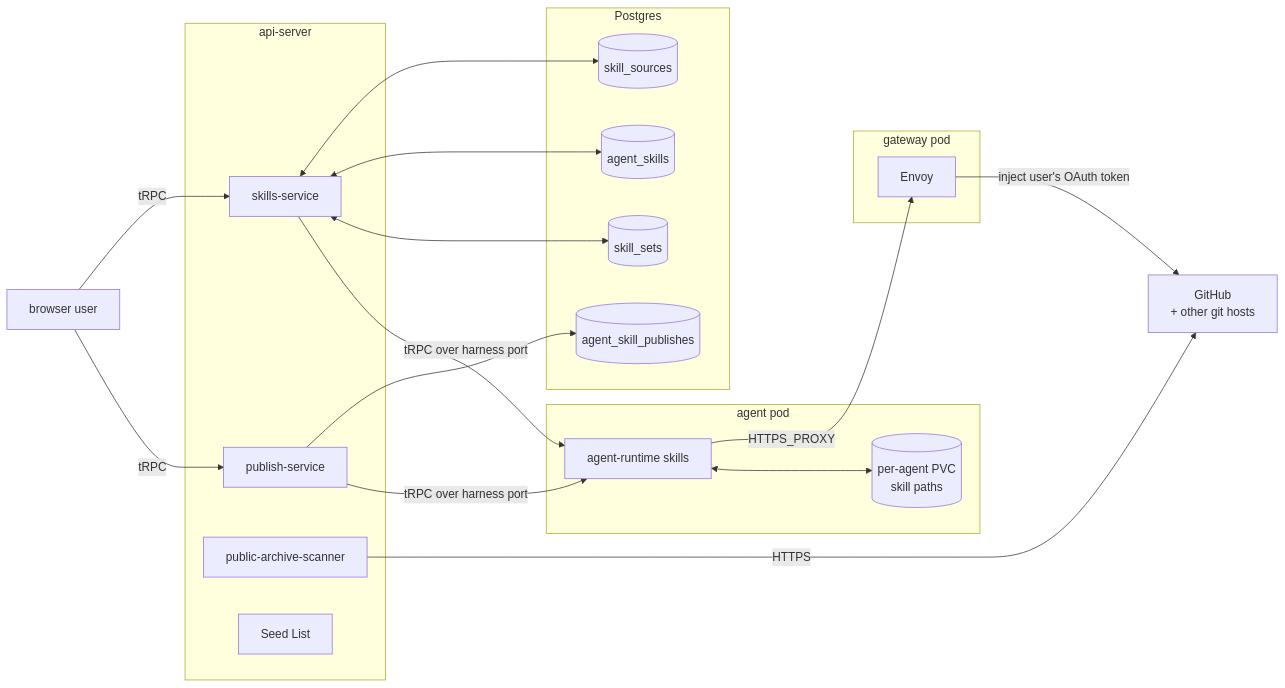
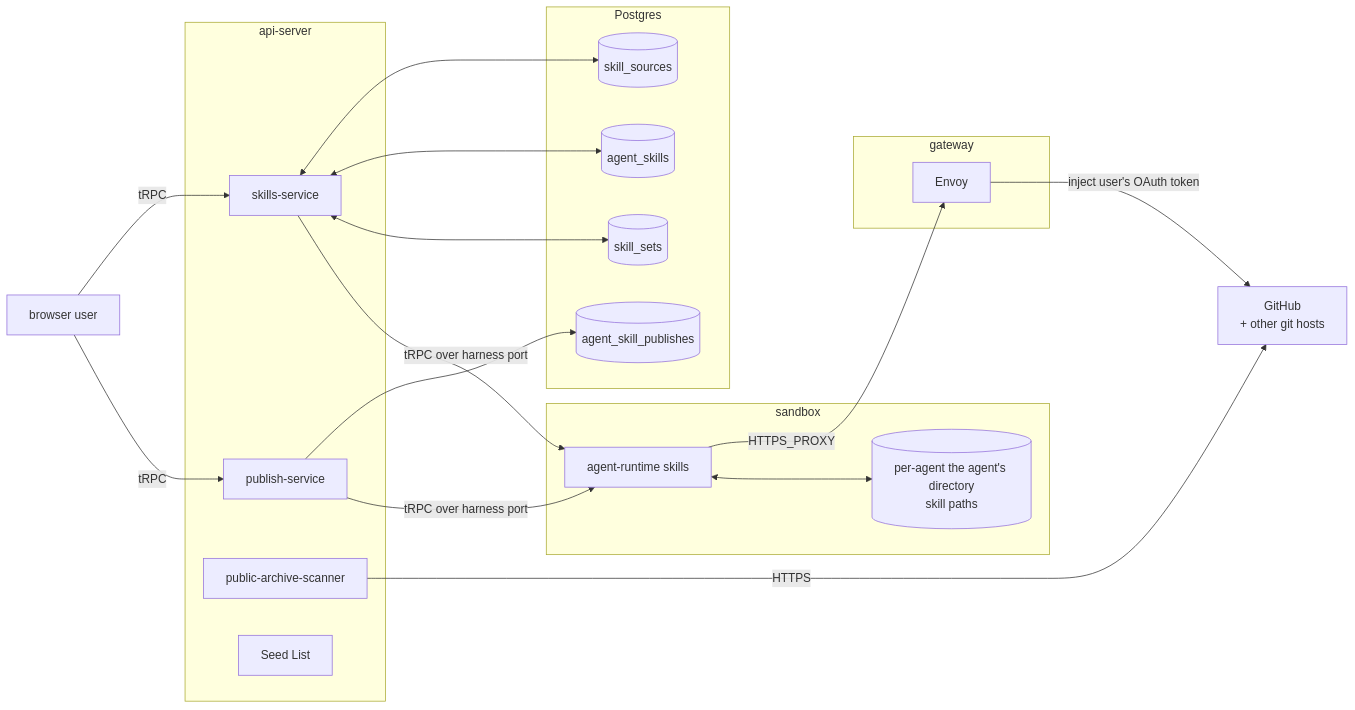
The first of 3 diagrams in docs/architecture/skills.md (dam-agents/dam), drawn with Mermaid before and after one commit. The commit also changed other lines of this file and 217 other files, not shown here.

First line of the commit message:
docs(architecture): describe the node, not the cluster

````diff
--- a/docs/architecture/skills.md
+++ b/docs/architecture/skills.md
@@ -18,44 +18,44 @@
 ```mermaid
 flowchart LR
   user[browser user]
   github[GitHub<br/>+ other git hosts]
 
   subgraph api-server[api-server]
     skills-svc[skills-service]
     pub-svc[publish-service]
     scanner[public-archive-scanner]
     seeds[Seed List]
   end
 
   subgraph postgres[Postgres]
     src[(skill_sources)]
     inst[(agent_skills)]
     pubs[(agent_skill_publishes)]
     sets[(skill_sets)]
   end
 
-  subgraph pod[agent pod]
+  subgraph sandbox[sandbox]
     rt-skills[agent-runtime skills]
-    pvc[(per-agent PVC<br/>skill paths)]
+    pvc[(per-agent the agent's directory<br/>skill paths)]
   end
 
-  subgraph gateway[gateway pod]
+  subgraph gateway[gateway]
     envoy[Envoy]
   end
 
   user -->|tRPC| skills-svc
   user -->|tRPC| pub-svc
 
   skills-svc <--> src
   skills-svc <--> inst
   skills-svc <--> sets
   pub-svc --> pubs
 
   scanner -->|HTTPS| github
   skills-svc -->|tRPC over harness port| rt-skills
   pub-svc -->|tRPC over harness port| rt-skills
 
   rt-skills -->|HTTPS_PROXY| envoy
   envoy -->|inject user's OAuth token| github
   rt-skills <--> pvc
 ```
````
